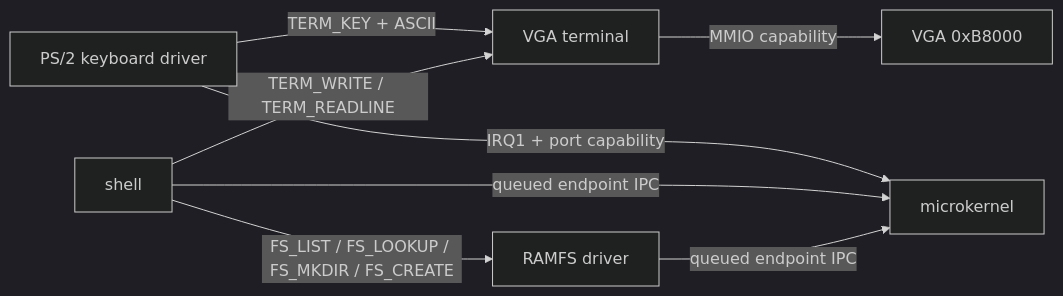
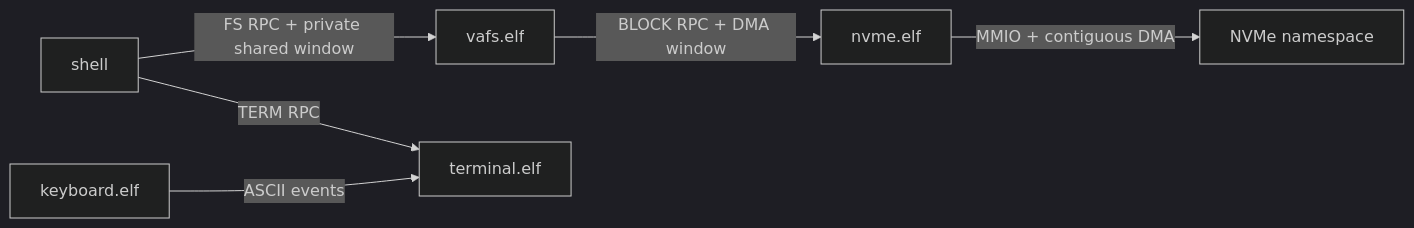
The diagram in docs/FILESYSTEM.md (VladimirKraswov/varania-os), drawn with Mermaid (dark theme) before and after one commit. The commit also changed other lines of this file and 37 other files, not shown here.

````diff
--- a/docs/FILESYSTEM.md
+++ b/docs/FILESYSTEM.md
@@ -9,10 +8,8 @@
 ```mermaid
 flowchart LR
-    K["PS/2 keyboard driver"] -->|"TERM_KEY + ASCII"| T["VGA terminal"]
-    S["shell"] -->|"TERM_WRITE / TERM_READLINE"| T
-    S -->|"FS_LIST / FS_LOOKUP / FS_MKDIR / FS_CREATE"| F["RAMFS driver"]
-    T -->|"MMIO capability"| V["VGA 0xB8000"]
-    K -->|"IRQ1 + port capability"| M["microkernel"]
-    S -->|"queued endpoint IPC"| M
-    F -->|"queued endpoint IPC"| M
+    S["shell"] -->|"FS RPC + private shared window"| F["vafs.elf"]
+    F -->|"BLOCK RPC + DMA window"| N["nvme.elf"]
+    N -->|"MMIO + contiguous DMA"| D["NVMe namespace"]
+    S -->|"TERM RPC"| T["terminal.elf"]
+    K["keyboard.elf"] -->|"ASCII events"| T
 ```
````
